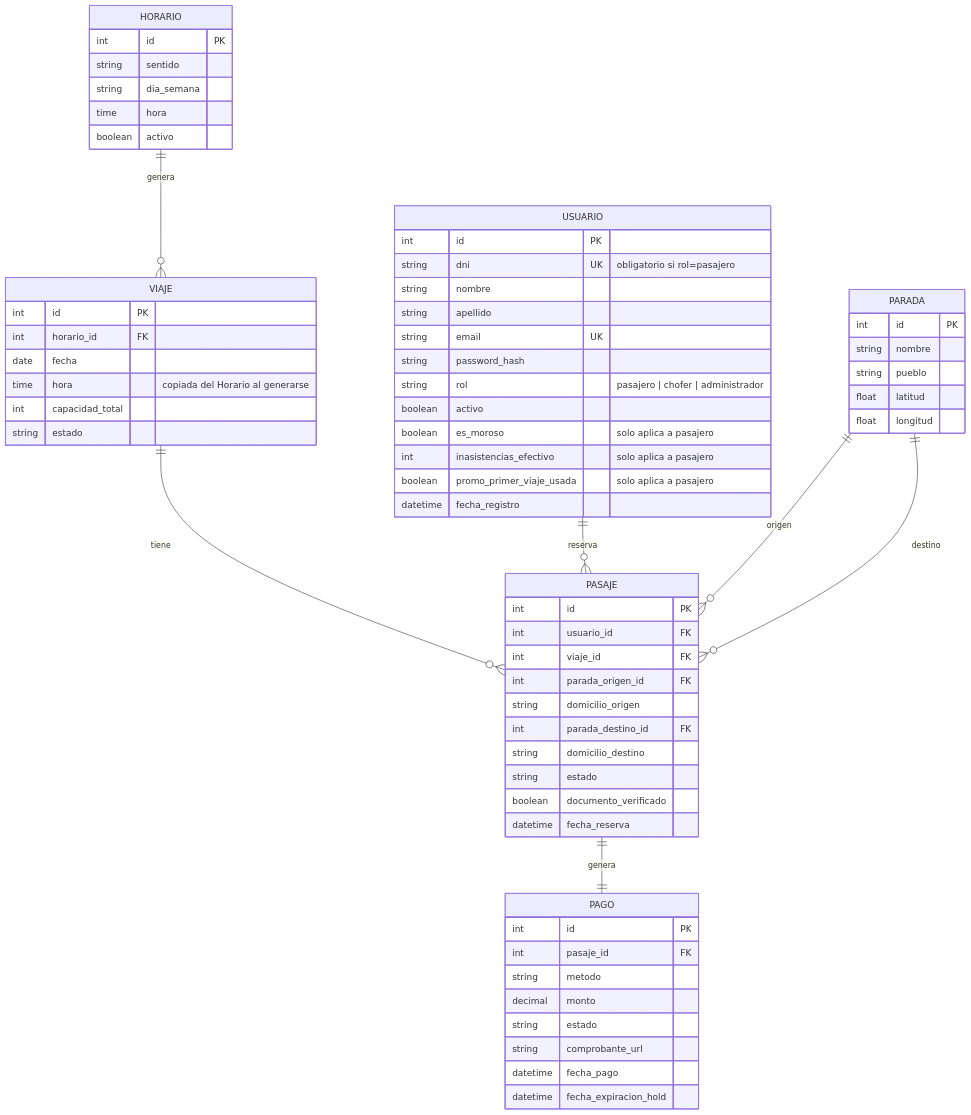
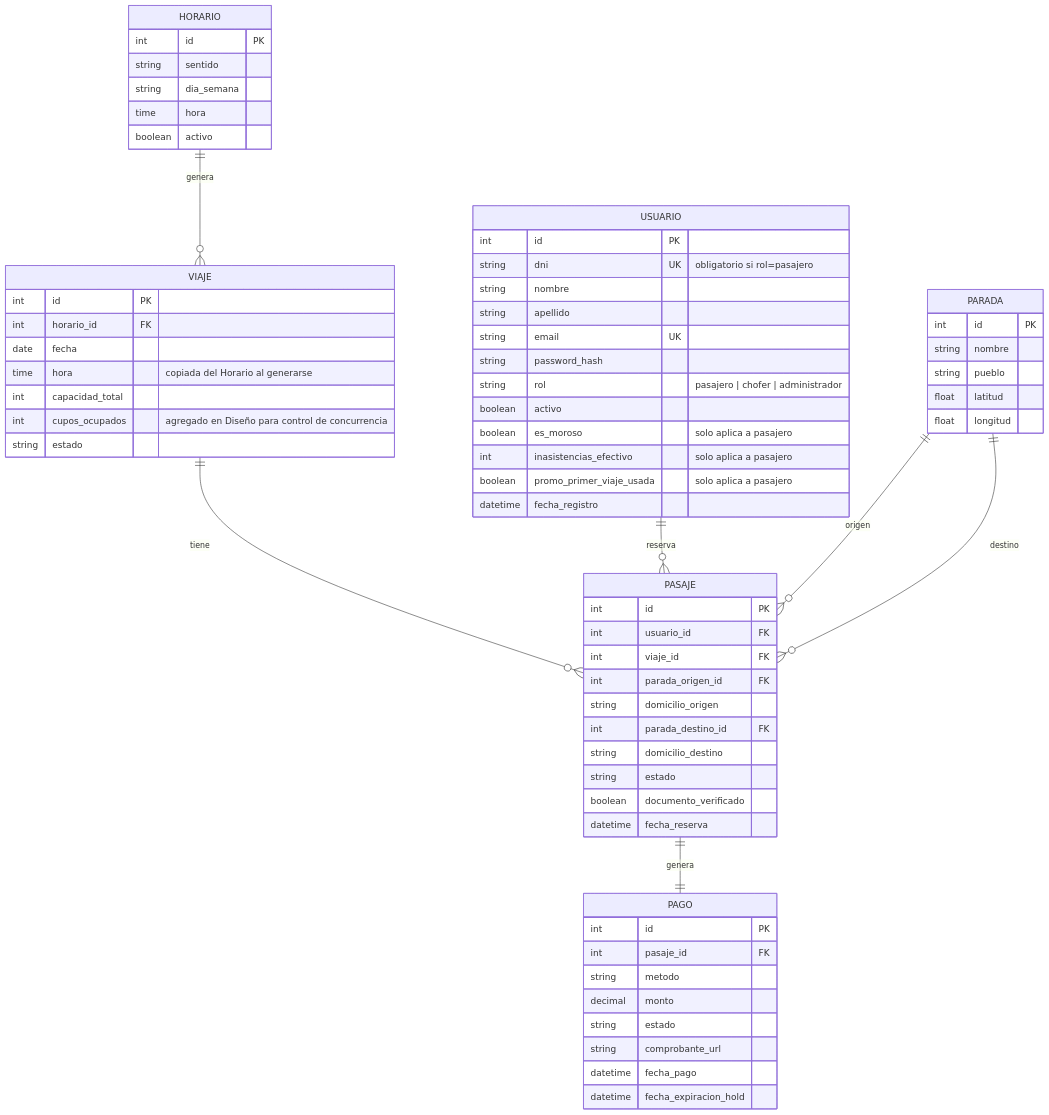
The diagram in Analisis Funcional/der-diagrama.mermaid (Medon10/LaTraffic), drawn with Mermaid before and after one commit. The commit also changed 3 other files, not shown here.

```diff
--- a/Analisis Funcional/der-diagrama.mermaid
+++ b/Analisis Funcional/der-diagrama.mermaid
@@ -1,71 +1,72 @@
 erDiagram
     HORARIO ||--o{ VIAJE : genera
     VIAJE ||--o{ PASAJE : tiene
     USUARIO ||--o{ PASAJE : reserva
     PARADA ||--o{ PASAJE : "origen"
     PARADA ||--o{ PASAJE : "destino"
     PASAJE ||--|| PAGO : genera
 
     USUARIO {
         int id PK
         string dni UK "obligatorio si rol=pasajero"
         string nombre
         string apellido
         string email UK
         string password_hash
         string rol "pasajero | chofer | administrador"
         boolean activo
         boolean es_moroso "solo aplica a pasajero"
         int inasistencias_efectivo "solo aplica a pasajero"
         boolean promo_primer_viaje_usada "solo aplica a pasajero"
         datetime fecha_registro
     }
 
     HORARIO {
         int id PK
         string sentido
         string dia_semana
         time hora
         boolean activo
     }
 
     VIAJE {
         int id PK
         int horario_id FK
         date fecha
         time hora "copiada del Horario al generarse"
         int capacidad_total
+        int cupos_ocupados "agregado en Diseño para control de concurrencia"
         string estado
     }
 
     PARADA {
         int id PK
         string nombre
         string pueblo
         float latitud
         float longitud
     }
 
     PASAJE {
         int id PK
         int usuario_id FK
         int viaje_id FK
         int parada_origen_id FK
         string domicilio_origen
         int parada_destino_id FK
         string domicilio_destino
         string estado
         boolean documento_verificado
         datetime fecha_reserva
     }
 
     PAGO {
         int id PK
         int pasaje_id FK
         string metodo
         decimal monto
         string estado
         string comprobante_url
         datetime fecha_pago
         datetime fecha_expiracion_hold
     }
```
